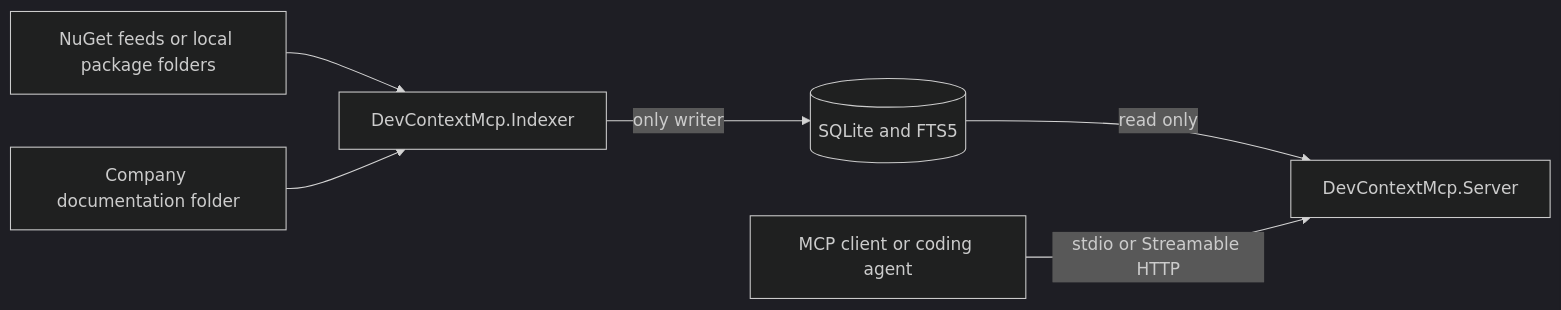
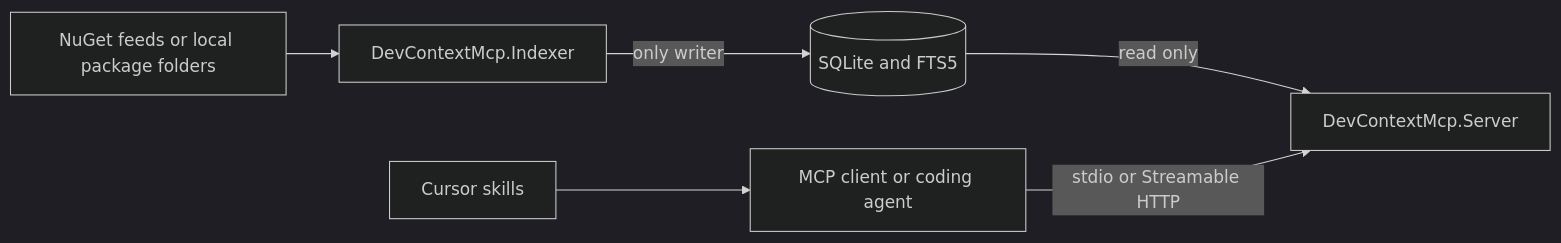
One commit to iJustHelp/dev-context-mcp-server changed the diagram in README.md. Above: the diagram before and after it, drawn with Mermaid (dark theme). The commit also changed other lines of this file and 52 other files, not shown here.

````diff
--- a/README.md
+++ b/README.md
@@ -38,15 +41,15 @@
 ```mermaid
 flowchart LR
     Feeds[NuGet feeds or local package folders]
-    Docs[Company documentation folder]
     Indexer[DevContextMcp.Indexer]
     Database[(SQLite and FTS5)]
     Server[DevContextMcp.Server]
     Client[MCP client or coding agent]
+    Skills[Cursor skills]
 
     Feeds --> Indexer
-    Docs --> Indexer
     Indexer -->|only writer| Database
     Database -->|read only| Server
     Client -->|stdio or Streamable HTTP| Server
+    Skills --> Client
 ```
````
